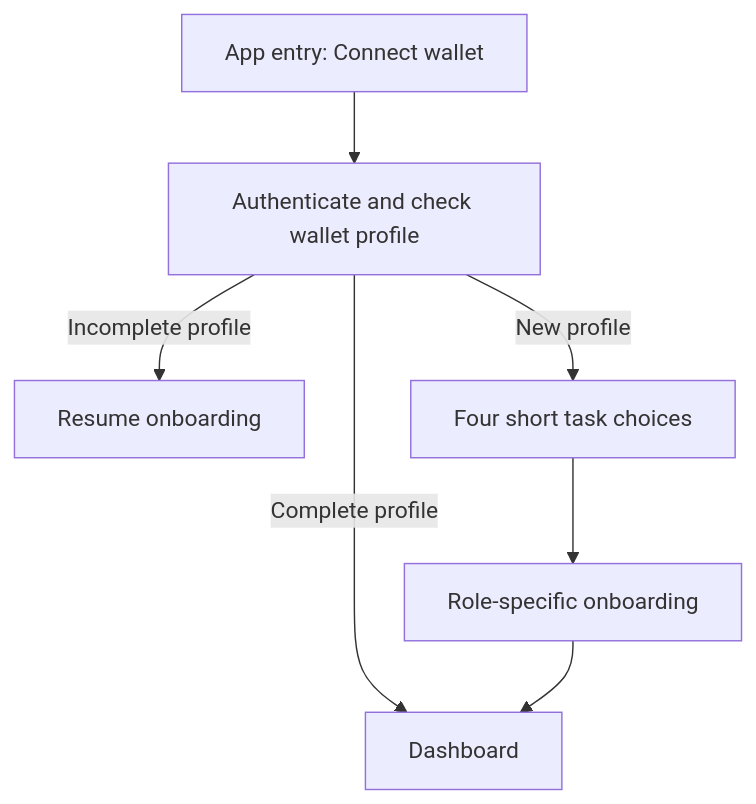
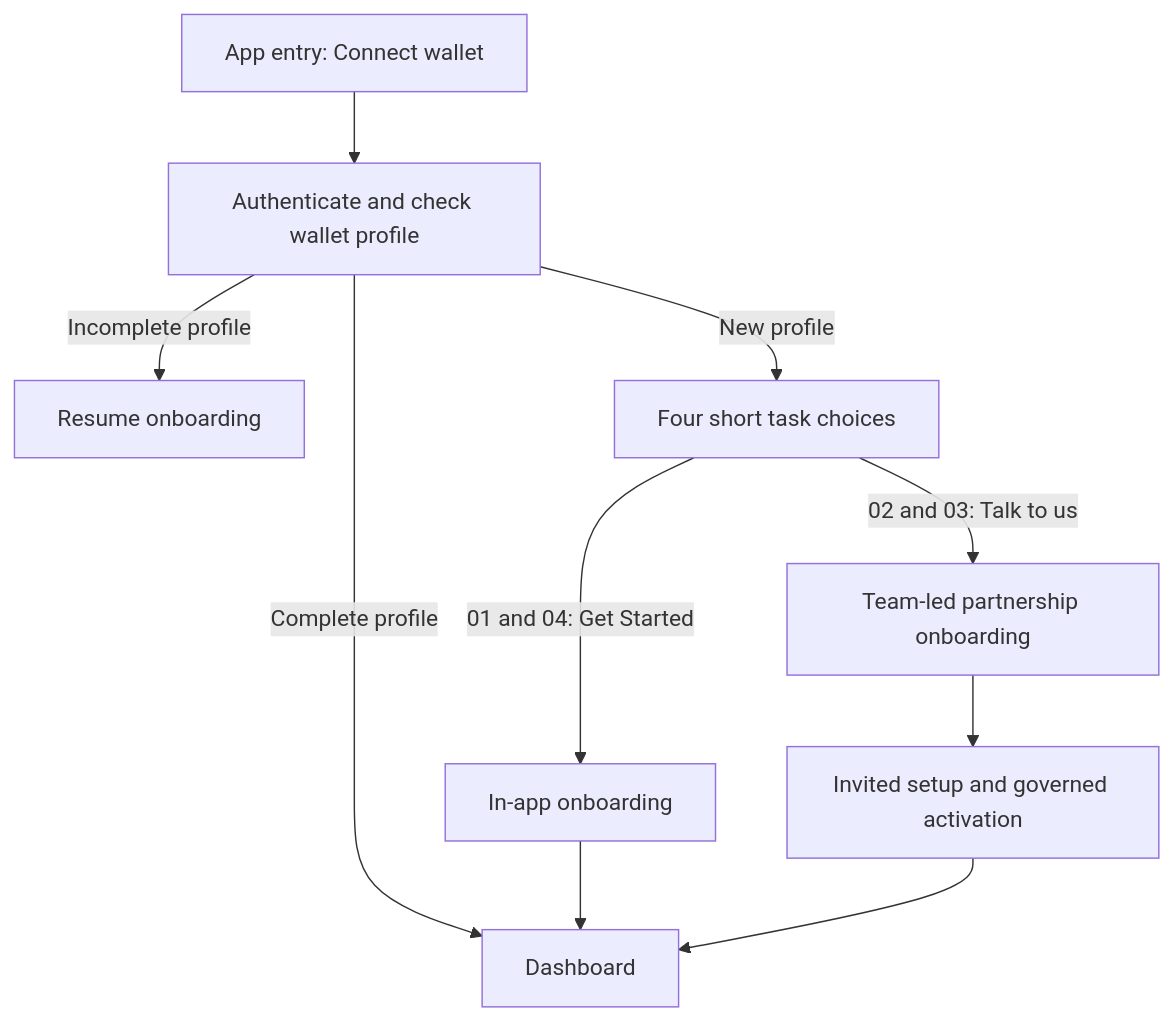
Before and after one commit to gabrielantonyxaviour/lockgate-open-house: the diagram in app/docs/product-blueprint/journey-specs/entry-and-build-order.md, drawn with Mermaid. The commit also changed other lines of this file and 14 other files, not shown here.

````diff
--- a/app/docs/product-blueprint/journey-specs/entry-and-build-order.md
+++ b/app/docs/product-blueprint/journey-specs/entry-and-build-order.md
@@ -15,9 +15,12 @@
 ```mermaid
 flowchart TD
   A[App entry: Connect wallet] --> B[Authenticate and check wallet profile]
   B -->|Complete profile| C[Dashboard]
   B -->|Incomplete profile| D[Resume onboarding]
   B -->|New profile| E[Four short task choices]
-  E --> F[Role-specific onboarding]
+  E -->|01 and 04: Get Started| F[In-app onboarding]
+  E -->|02 and 03: Talk to us| G[Team-led partnership onboarding]
   F --> C
+  G --> H[Invited setup and governed activation]
+  H --> C
 ```
````
